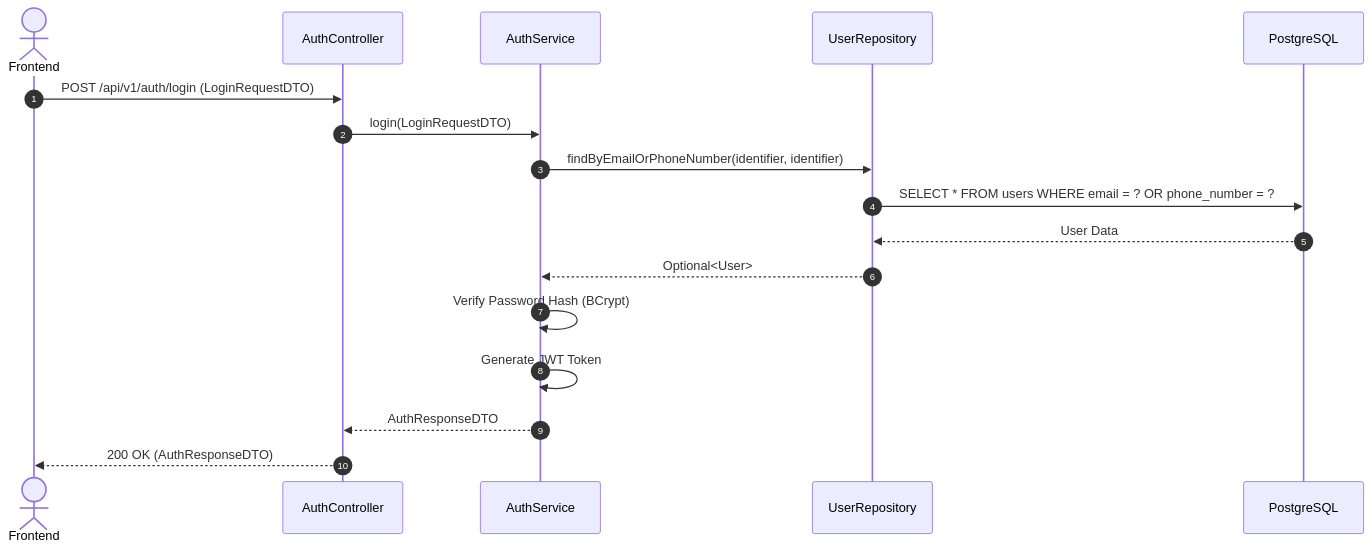
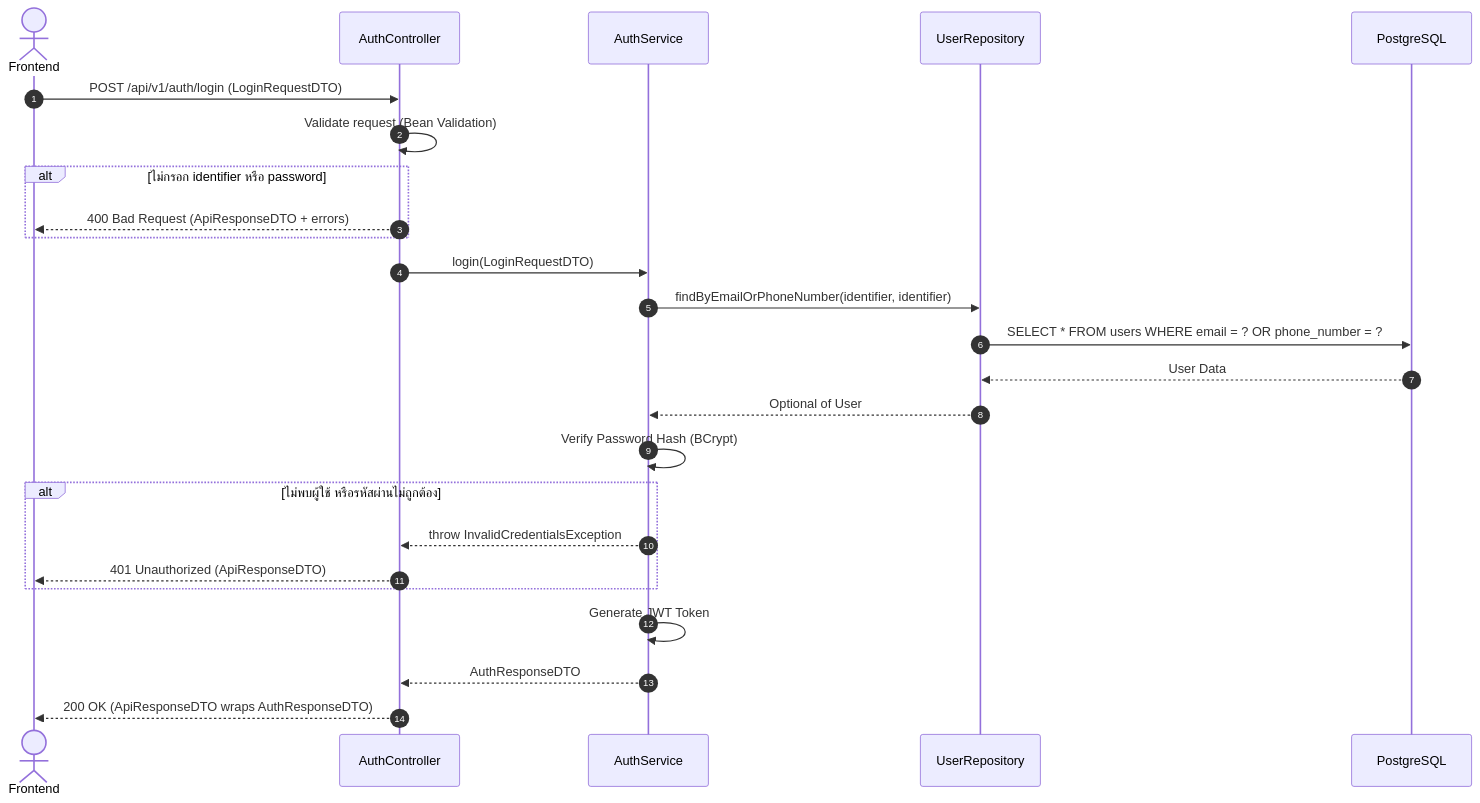
Before and after one commit to BlackyB0o/CS261_650001_group5: the seventh of 7 diagrams in docs/task-04/README.md, drawn with Mermaid. The commit also changed other lines of this file, not shown here.

````diff
--- a/docs/task-04/README.md
+++ b/docs/task-04/README.md
@@ -297,20 +448,28 @@
 ```mermaid
 sequenceDiagram
     autonumber
     actor Client as Frontend
     participant Controller as AuthController
     participant Service as AuthService
     participant DAO as UserRepository
     participant DB as PostgreSQL
 
     Client->>Controller: POST /api/v1/auth/login (LoginRequestDTO)
+    Controller->>Controller: Validate request (Bean Validation)
+    alt ไม่กรอก identifier หรือ password
+        Controller-->>Client: 400 Bad Request (ApiResponseDTO + errors)
+    end
     Controller->>Service: login(LoginRequestDTO)
     Service->>DAO: findByEmailOrPhoneNumber(identifier, identifier)
     DAO->>DB: SELECT * FROM users WHERE email = ? OR phone_number = ?
     DB-->>DAO: User Data
-    DAO-->>Service: Optional<User>
+    DAO-->>Service: Optional of User
     Service->>Service: Verify Password Hash (BCrypt)
+    alt ไม่พบผู้ใช้ หรือรหัสผ่านไม่ถูกต้อง
+        Service-->>Controller: throw InvalidCredentialsException
+        Controller-->>Client: 401 Unauthorized (ApiResponseDTO)
+    end
     Service->>Service: Generate JWT Token
     Service-->>Controller: AuthResponseDTO
-    Controller-->>Client: 200 OK (AuthResponseDTO)
+    Controller-->>Client: 200 OK (ApiResponseDTO wraps AuthResponseDTO)
 ```
````
